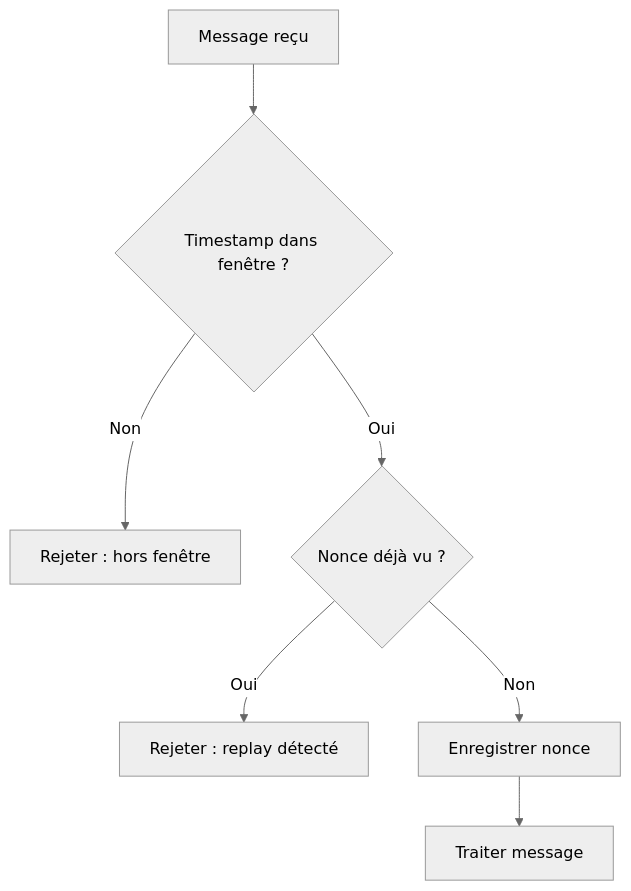
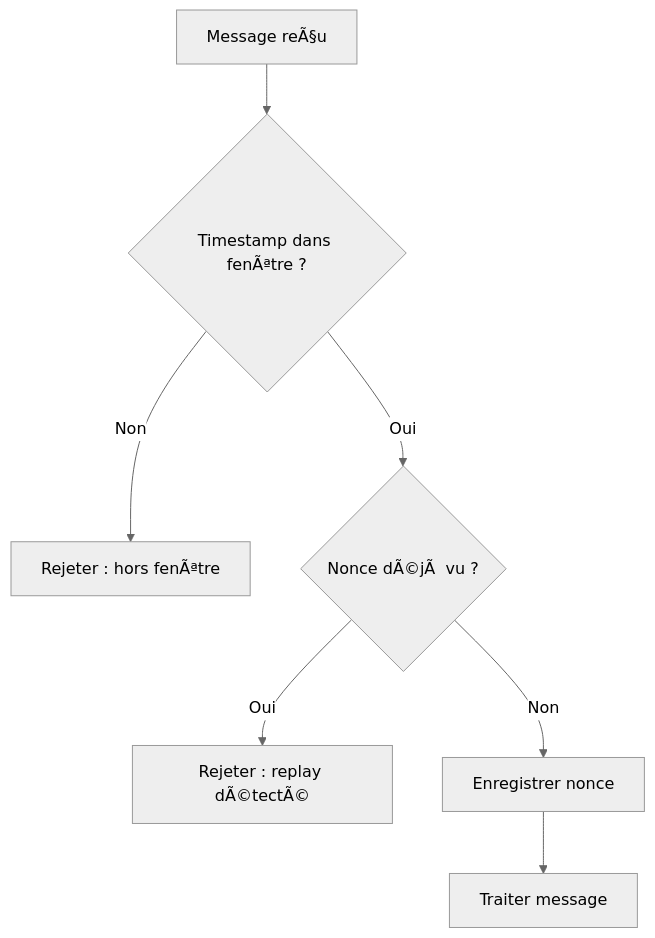
One commit to StudioMiyukini/miyukini_cog changed the third of 3 diagrams in docs/miyukini-webway-system/securite/MWS - Chiffrement et TLS.md. Above: the diagram before and after it, drawn with Mermaid (neutral theme). The commit also changed other lines of this file and 1287 other files, not shown here.

````diff
--- a/docs/miyukini-webway-system/securite/MWS - Chiffrement et TLS.md
+++ b/docs/miyukini-webway-system/securite/MWS - Chiffrement et TLS.md
@@ -269,9 +269,9 @@
 ```mermaid
 flowchart TB
-    A[Message reçu] --> B{Timestamp dans fenêtre ?}
-    B -->|Non| C[Rejeter : hors fenêtre]
-    B -->|Oui| D{Nonce déjà vu ?}
-    D -->|Oui| E[Rejeter : replay détecté]
+    A[Message reÃ§u] --> B{Timestamp dans fenÃªtre ?}
+    B -->|Non| C[Rejeter : hors fenÃªtre]
+    B -->|Oui| D{Nonce dÃ©jÃ  vu ?}
+    D -->|Oui| E[Rejeter : replay dÃ©tectÃ©]
     D -->|Non| F[Enregistrer nonce]
     F --> G[Traiter message]
 ```
````
